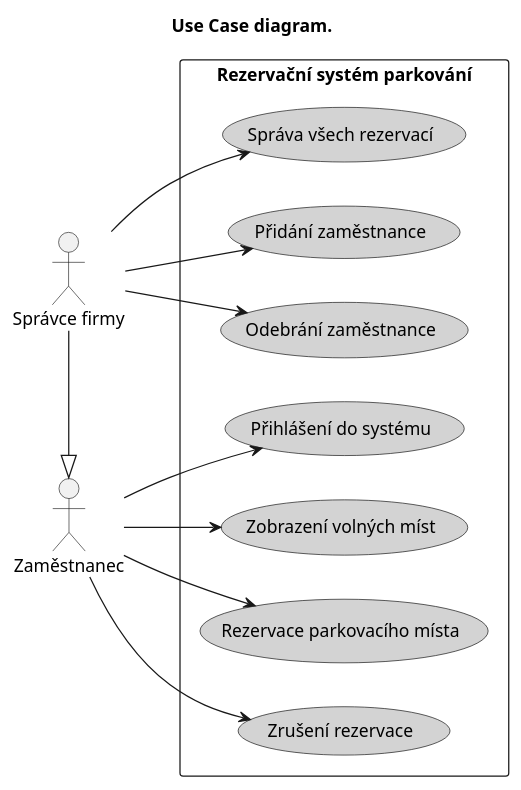
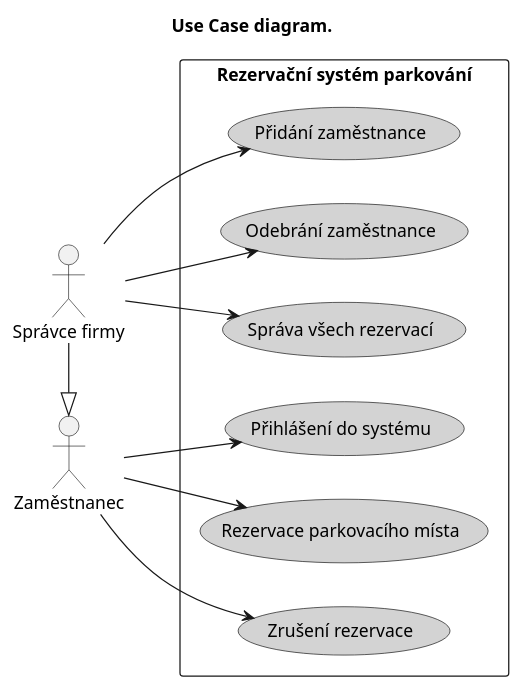
The diagram in docs/diagramy/use-case.puml (AidenCze/SWI-Project), drawn with PlantUML before and after one commit.

Commit message:
Remove 'View' use case from employee interactions

```diff
--- a/docs/diagramy/use-case.puml
+++ b/docs/diagramy/use-case.puml
@@ -1,46 +1,46 @@
 @startuml
 title Use Case diagram.
 
 left to right direction
 skinparam packageStyle rectangle
 
 ' Nastavení barev
 skinparam usecase {
     BackgroundColor LightGray
     BorderColor Black
 }
 
 actor "Zaměstnanec" as emp
 actor "Správce firmy" as admin
 
 ' Správce dědí práva od zaměstnance
 admin -|> emp
 
 rectangle "Rezervační systém parkování" {
     
     ' Společný Use Case
     usecase "Přihlášení do systému" as login
     
     ' Use Casy Zaměstnance
-    usecase "Zobrazení volných míst" as view
+   
     usecase "Rezervace parkovacího místa" as reserve
     usecase "Zrušení rezervace" as cancel
     
     ' Specifické Use Casy pouze pro Správce
     usecase "Přidání zaměstnance" as add_emp
     usecase "Odebrání zaměstnance" as delete_emp
     usecase "Správa všech rezervací" as manage_all_res
 }
 
 ' Propojení aktéra Zaměstnanec
 emp --> login
-emp --> view
+
 emp --> reserve
 emp --> cancel
 
 ' Propojení aktéra Správce (zbytek dědí)
 admin --> add_emp
 admin --> delete_emp
 admin --> manage_all_res
 
 @enduml
```
